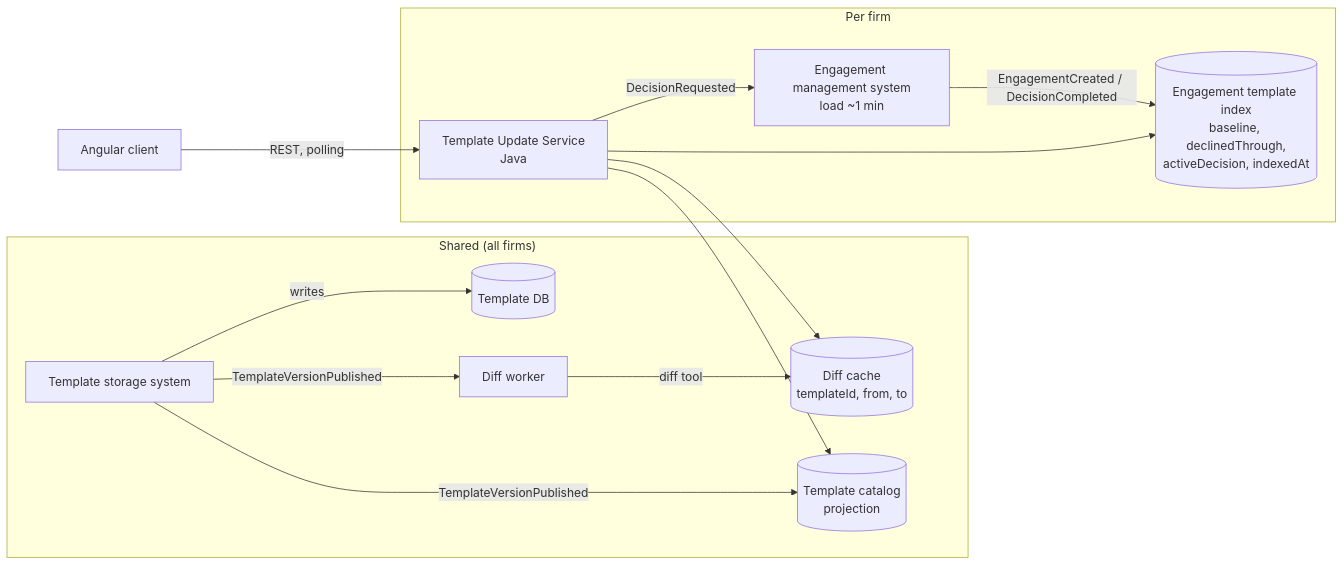
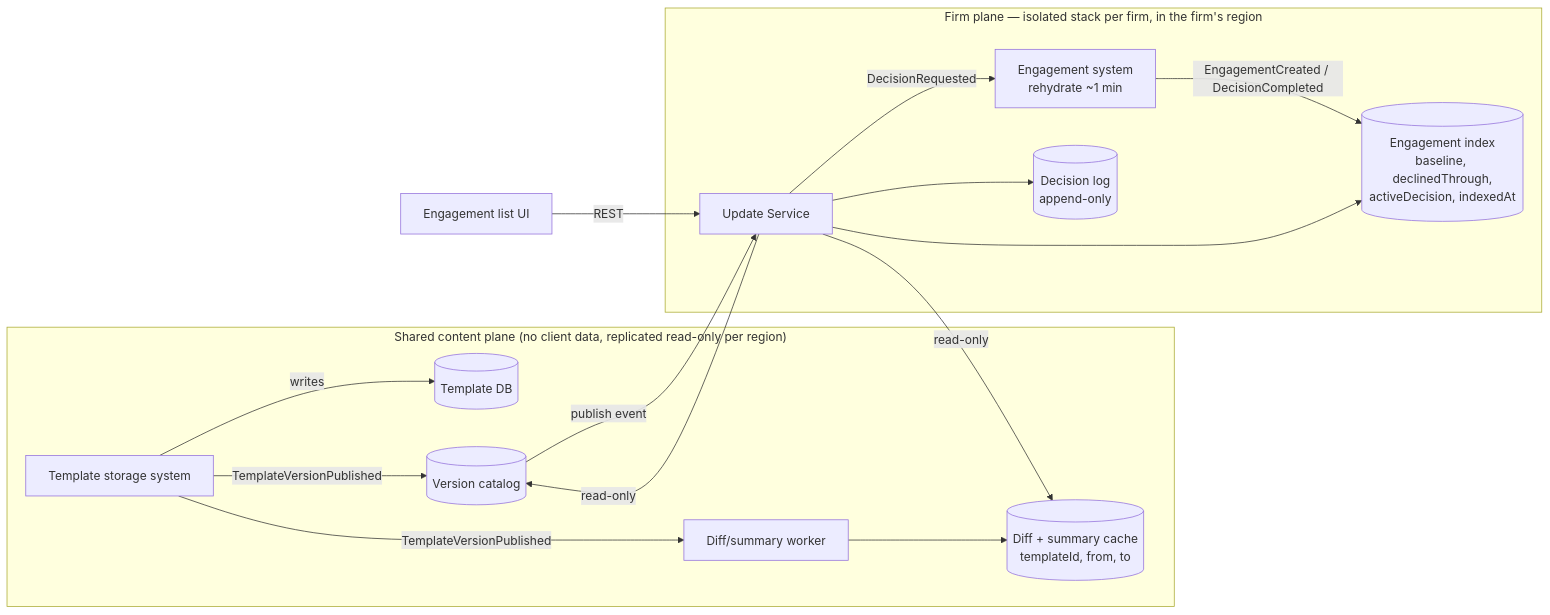
One commit to david2torres/caseWare changed the diagram in DESIGN.md. Above: the diagram before and after it, drawn with Mermaid. The commit also changed other lines of this file and 55 other files, not shown here.

````diff
--- a/DESIGN.md
+++ b/DESIGN.md
@@ -10,27 +13,32 @@
 ```mermaid
 flowchart LR
-  subgraph Shared["Shared (all firms)"]
+  subgraph Shared["Shared content plane (no client data, replicated read-only per region)"]
+    TS[Template storage system]
     TDB[(Template DB)]
-    TS[Template storage system]
-    DW[Diff worker]
-    DC[(Diff cache<br/>templateId, from, to)]
-    CAT[(Template catalog<br/>projection)]
+    CAT[(Version catalog)]
+    DW[Diff/summary worker]
+    DC[(Diff + summary cache<br/>templateId, from, to)]
   end
-  subgraph Firm["Per firm"]
-    ES[Engagement management system<br/>load ~1 min]
-    IDX[(Engagement template index<br/>baseline, declinedThrough,<br/>activeDecision, indexedAt)]
-    US[Template Update Service<br/>Java]
+
+  subgraph FirmPlane["Firm plane — isolated stack per firm, in the firm's region"]
+    ES[Engagement system<br/>rehydrate ~1 min]
+    IDX[(Engagement index<br/>baseline, declinedThrough,<br/>activeDecision, indexedAt)]
+    LOG[(Decision log<br/>append-only)]
+    US[Update Service]
   end
-  UI[Angular client]
+
+  UI[Engagement list UI]
 
   TS -- writes --> TDB
+  TS -- TemplateVersionPublished --> CAT
   TS -- TemplateVersionPublished --> DW
-  TS -- TemplateVersionPublished --> CAT
-  DW -- diff tool --> DC
+  DW --> DC
+  CAT -- publish event --> US
   ES -- EngagementCreated / DecisionCompleted --> IDX
-  UI -- REST, polling --> US
+  UI -- REST --> US
   US --> IDX
-  US --> CAT
-  US --> DC
+  US --> LOG
+  US -- read-only --> CAT
+  US -- read-only --> DC
   US -- DecisionRequested --> ES
 ```
````
